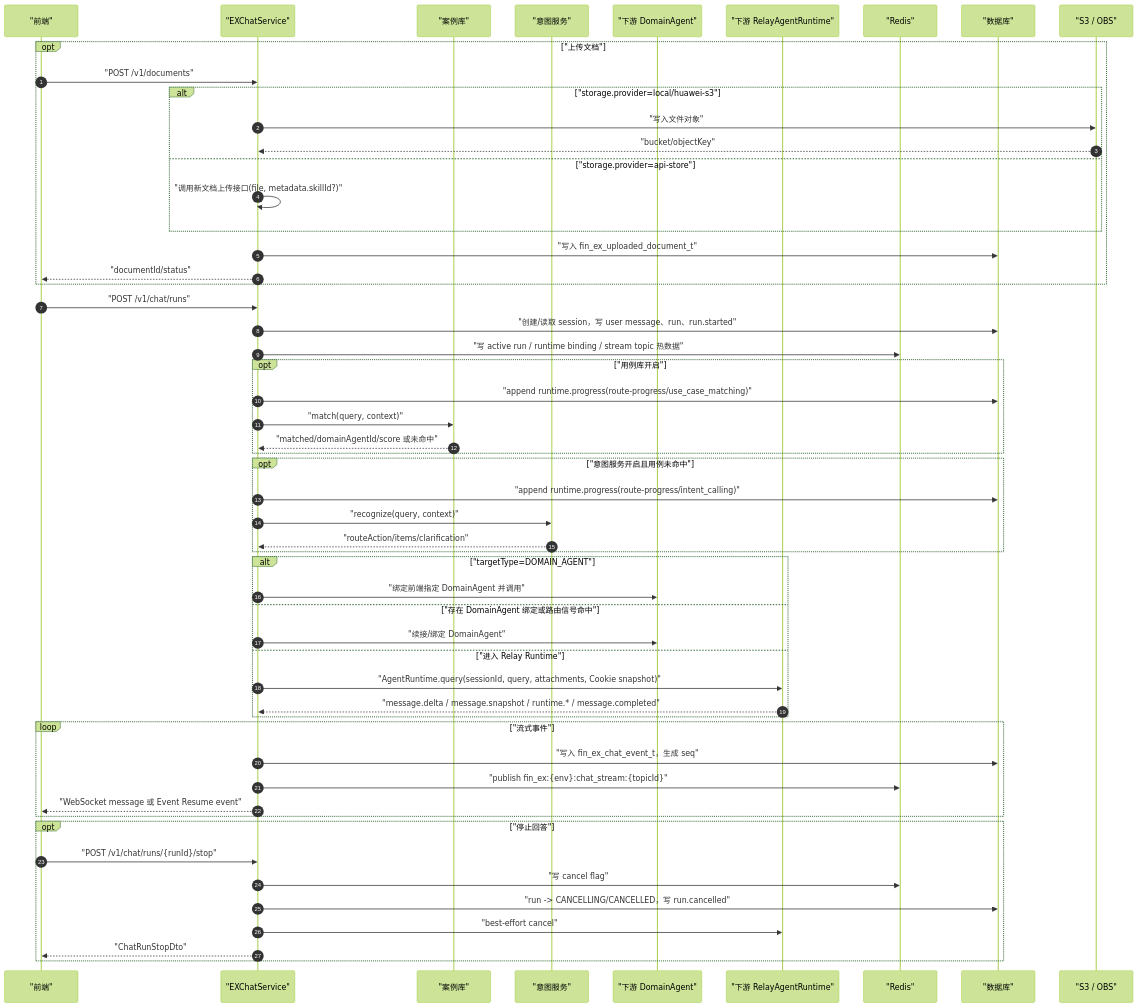
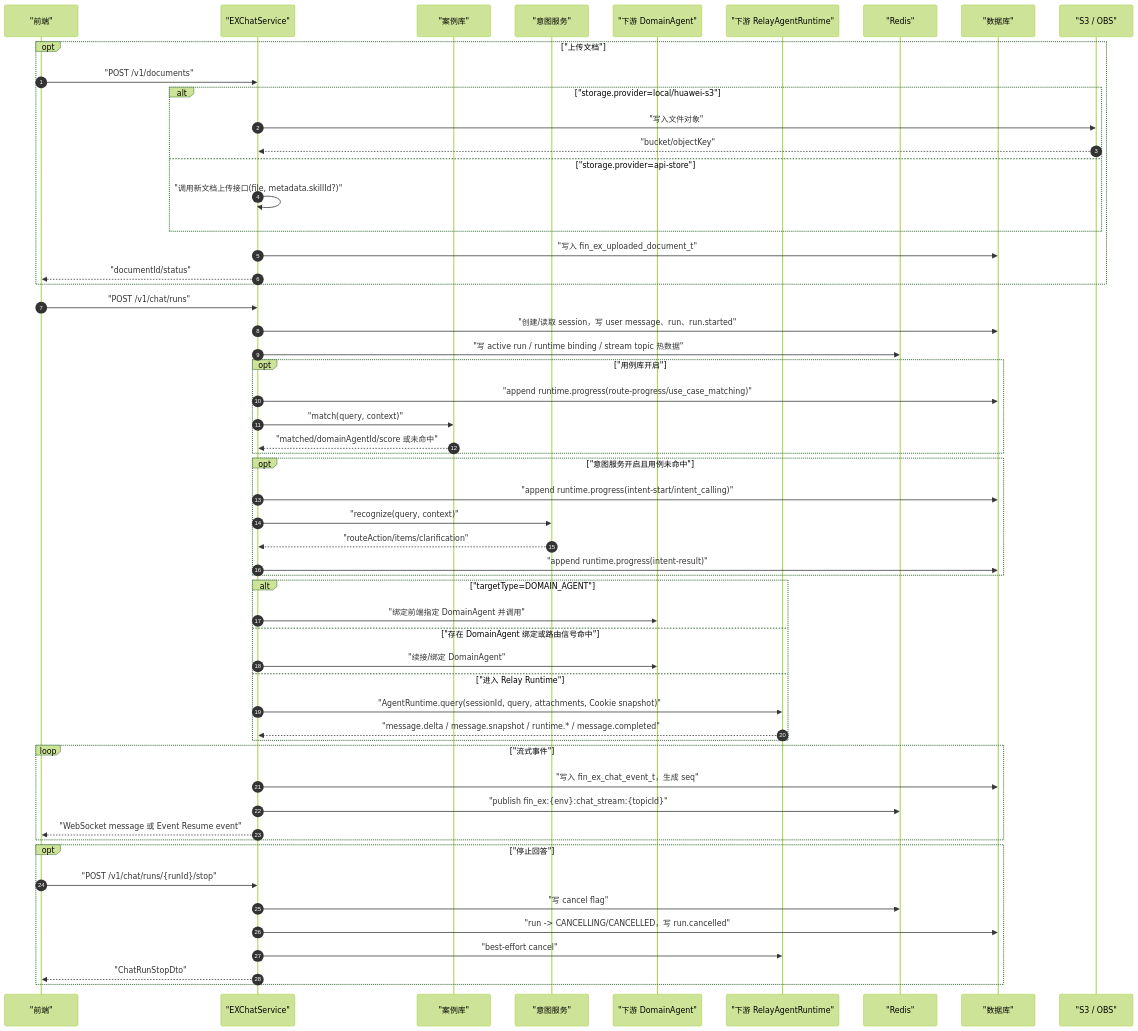
The third of 10 diagrams in docs/architecture/README.md (kunben-duck/exweb), drawn with Mermaid (forest theme) before and after one commit. The commit also changed other lines of this file and 74 other files, not shown here.

````diff
--- a/docs/architecture/README.md
+++ b/docs/architecture/README.md
@@ -167,64 +169,65 @@
 ```mermaid
 sequenceDiagram
     autonumber
     participant Frontend as "前端"
     participant EX as "EXChatService"
     participant UseCase as "案例库"
     participant Intent as "意图服务"
     participant DomainAgent as "下游 DomainAgent"
     participant Relay as "下游 RelayAgentRuntime"
     participant Redis as "Redis"
     participant DB as "数据库"
     participant S3 as "S3 / OBS"
 
     opt "上传文档"
         Frontend->>EX: "POST /v1/documents"
         alt "storage.provider=local/huawei-s3"
             EX->>S3: "写入文件对象"
             S3-->>EX: "bucket/objectKey"
         else "storage.provider=api-store"
             EX->>EX: "调用新文档上传接口(file, metadata.skillId?)"
         end
         EX->>DB: "写入 fin_ex_uploaded_document_t"
         EX-->>Frontend: "documentId/status"
     end
 
     Frontend->>EX: "POST /v1/chat/runs"
     EX->>DB: "创建/读取 session，写 user message、run、run.started"
     EX->>Redis: "写 active run / runtime binding / stream topic 热数据"
 
     opt "用例库开启"
         EX->>DB: "append runtime.progress(route-progress/use_case_matching)"
         EX->>UseCase: "match(query, context)"
         UseCase-->>EX: "matched/domainAgentId/score 或未命中"
     end
 
     opt "意图服务开启且用例未命中"
-        EX->>DB: "append runtime.progress(route-progress/intent_calling)"
+        EX->>DB: "append runtime.progress(intent-start/intent_calling)"
         EX->>Intent: "recognize(query, context)"
         Intent-->>EX: "routeAction/items/clarification"
+        EX->>DB: "append runtime.progress(intent-result)"
     end
 
     alt "targetType=DOMAIN_AGENT"
         EX->>DomainAgent: "绑定前端指定 DomainAgent 并调用"
     else "存在 DomainAgent 绑定或路由信号命中"
         EX->>DomainAgent: "续接/绑定 DomainAgent"
     else "进入 Relay Runtime"
         EX->>Relay: "AgentRuntime.query(sessionId, query, attachments, Cookie snapshot)"
         Relay-->>EX: "message.delta / message.snapshot / runtime.* / message.completed"
     end
 
     loop "流式事件"
         EX->>DB: "写入 fin_ex_chat_event_t，生成 seq"
         EX->>Redis: "publish fin_ex:{env}:chat_stream:{topicId}"
         EX-->>Frontend: "WebSocket message 或 Event Resume event"
     end
 
     opt "停止回答"
         Frontend->>EX: "POST /v1/chat/runs/{runId}/stop"
         EX->>Redis: "写 cancel flag"
         EX->>DB: "run -> CANCELLING/CANCELLED，写 run.cancelled"
         EX->>Relay: "best-effort cancel"
         EX-->>Frontend: "ChatRunStopDto"
     end
 ```
````
